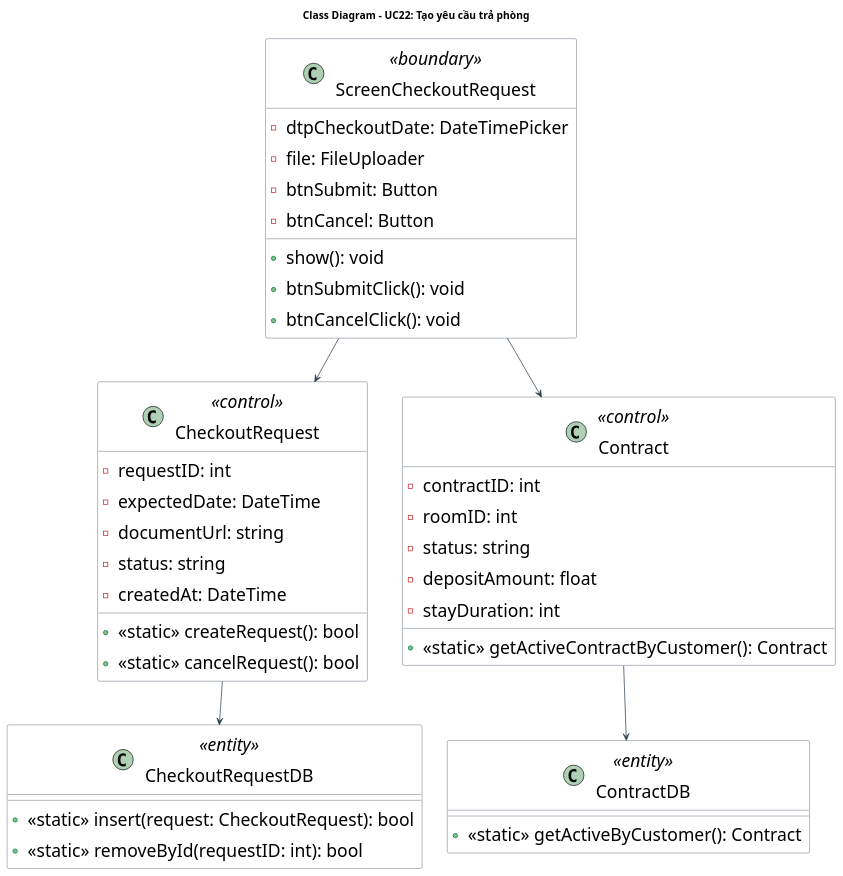
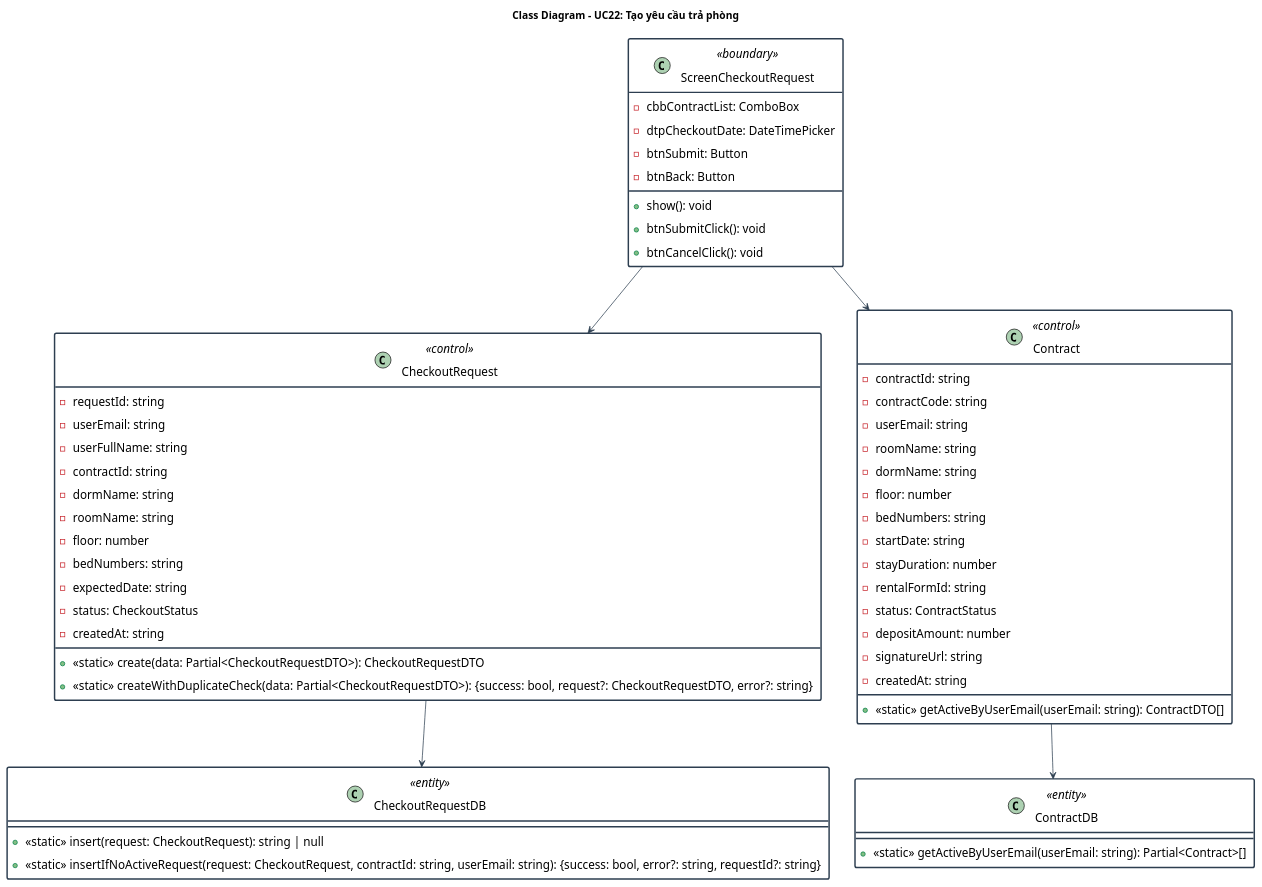
The diagram in doc/system/yeu_cau_tra_phong/YeuCauTraPhong_ClassDiagram.wsd (Gnourt812005/HCMUS-Analyze-and-desgin-IS), drawn with PlantUML before and after one commit. The commit also changed 9 other files, not shown here.

Commit message:
quangdo/diagrams: reviewed diagrams

```diff
--- a/doc/system/yeu_cau_tra_phong/YeuCauTraPhong_ClassDiagram.wsd
+++ b/doc/system/yeu_cau_tra_phong/YeuCauTraPhong_ClassDiagram.wsd
@@ -1,56 +1,73 @@
 @startuml YeuCauTraPhong_ClassDiagram
 title Class Diagram - UC22: Tạo yêu cầu trả phòng
 
 skinparam {
     ClassBackgroundColor White
+    ArrowColor #2D3E50
     ClassBorderColor #2D3E50
-    ArrowColor #2D3E50
     DefaultFontName "Arial"
-    DefaultFontSize 24
+    DefaultFontSize 16
+    ClassBorderThickness 2
+    StereotypeFontColor #2D3E50
     Padding 5
 }
 
 class "ScreenCheckoutRequest" as CheckoutRequestScreen <<boundary>> {
+  - cbbContractList: ComboBox
   - dtpCheckoutDate: DateTimePicker
-  - file: FileUploader
   - btnSubmit: Button
-  - btnCancel: Button
+  - btnBack: Button
   + show(): void
   + btnSubmitClick(): void
   + btnCancelClick(): void
 }
 
 class "CheckoutRequest" as CheckoutRequest <<control>> {
-  - requestID: int
-  - expectedDate: DateTime
-  - documentUrl: string
-  - status: string
-  - createdAt: DateTime
-  + <<static>> createRequest(): bool
-  + <<static>> cancelRequest(): bool
+  - requestId: string
+  - userEmail: string
+  - userFullName: string
+  - contractId: string
+  - dormName: string
+  - roomName: string
+  - floor: number
+  - bedNumbers: string
+  - expectedDate: string
+  - status: CheckoutStatus
+  - createdAt: string
+  + <<static>> create(data: Partial<CheckoutRequestDTO>): CheckoutRequestDTO
+  + <<static>> createWithDuplicateCheck(data: Partial<CheckoutRequestDTO>): {success: bool, request?: CheckoutRequestDTO, error?: string}
 }
 
 class "CheckoutRequestDB" as CheckoutRequestDB <<entity>> {
-  + <<static>> insert(request: CheckoutRequest): bool
-  + <<static>> removeById(requestID: int): bool
+  + <<static>> insert(request: CheckoutRequest): string | null
+  + <<static>> insertIfNoActiveRequest(request: CheckoutRequest, contractId: string, userEmail: string): {success: bool, error?: string, requestId?: string}
 }
 
 class "Contract" as Contract <<control>> {
-  - contractID: int
-  - roomID: int
-  - status: string
-  - depositAmount: float
-  - stayDuration: int
-  + <<static>> getActiveContractByCustomer(): Contract
+  - contractId: string
+  - contractCode: string
+  - userEmail: string
+  - roomName: string
+  - dormName: string
+  - floor: number
+  - bedNumbers: string
+  - startDate: string
+  - stayDuration: number
+  - rentalFormId: string
+  - status: ContractStatus
+  - depositAmount: number
+  - signatureUrl: string
+  - createdAt: string
+  + <<static>> getActiveByUserEmail(userEmail: string): ContractDTO[]
 }
 
 class "ContractDB" as ContractDB <<entity>> {
-  + <<static>> getActiveByCustomer(): Contract
+  + <<static>> getActiveByUserEmail(userEmail: string): Partial<Contract>[]
 }
 
 CheckoutRequestScreen --> CheckoutRequest
 CheckoutRequest --> CheckoutRequestDB
 CheckoutRequestScreen --> Contract
 Contract --> ContractDB
 
 @enduml
```
